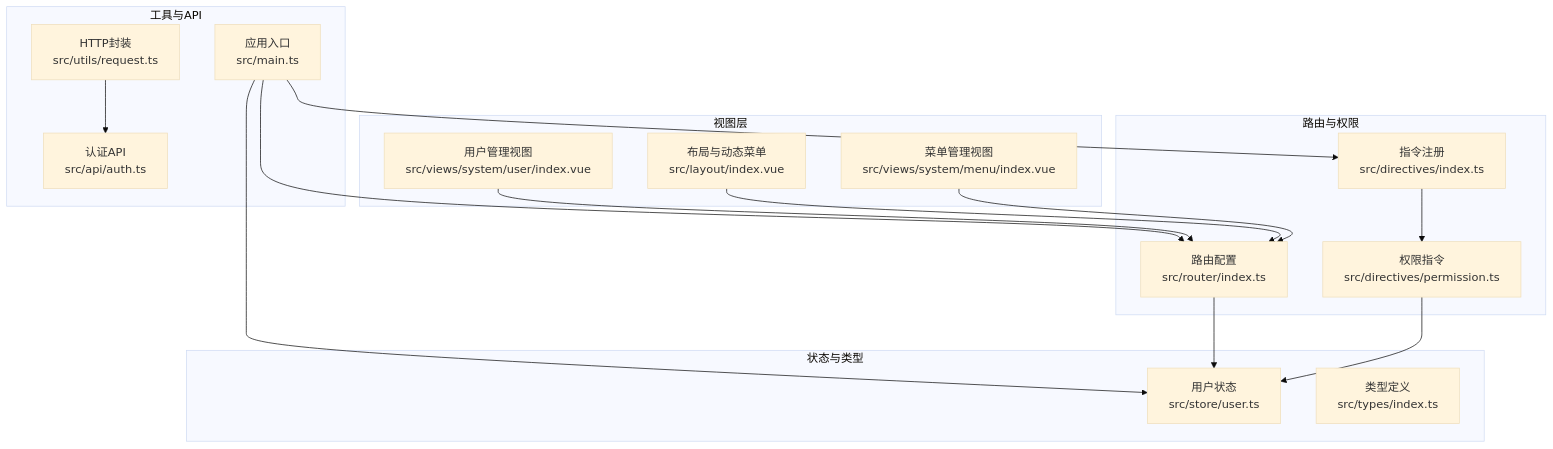
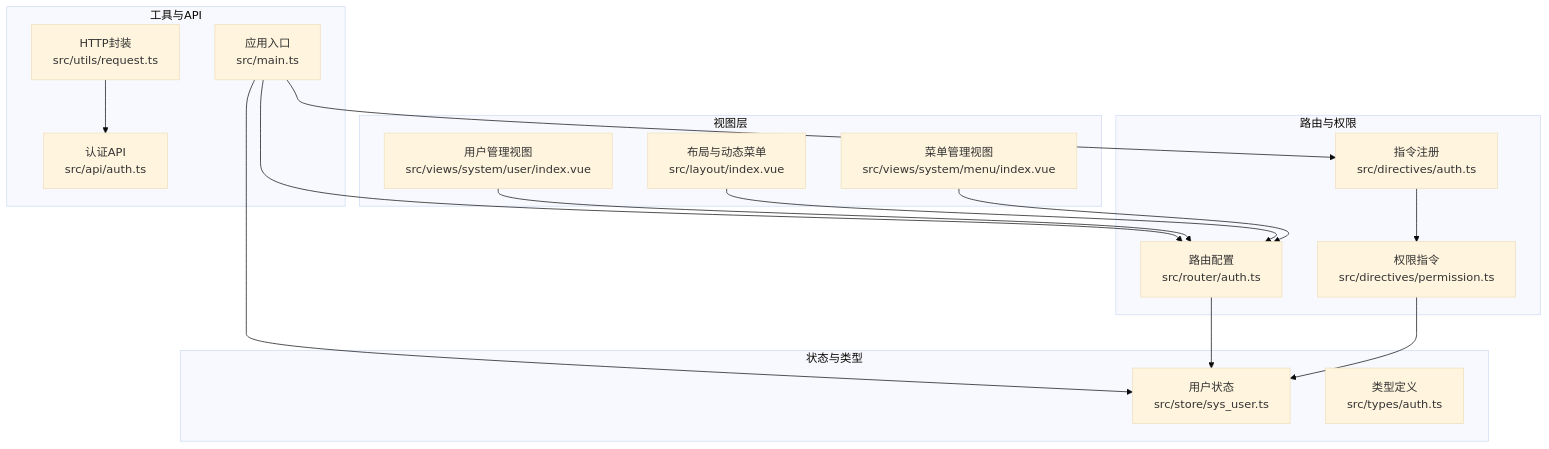
Before and after one commit to qiseyun/vue-ts-admin: the first of 6 diagrams in .qoder/repowiki/zh/content/系统管理模块/菜单管理.md, drawn with Mermaid (base theme). The commit also changed other lines of this file and 42 other files, not shown here.

````diff
--- a/.qoder/repowiki/zh/content/系统管理模块/菜单管理.md
+++ b/.qoder/repowiki/zh/content/系统管理模块/菜单管理.md
@@ -41,32 +41,32 @@
 ```mermaid
 graph TB
 subgraph "视图层"
 V_Menu["菜单管理视图<br/>src/views/system/menu/index.vue"]
 V_User["用户管理视图<br/>src/views/system/user/index.vue"]
 L_Layout["布局与动态菜单<br/>src/layout/index.vue"]
 end
 subgraph "路由与权限"
-R_Index["路由配置<br/>src/router/index.ts"]
+R_Index["路由配置<br/>src/router/auth.ts"]
 D_Permission["权限指令<br/>src/directives/permission.ts"]
-D_Index["指令注册<br/>src/directives/index.ts"]
+D_Index["指令注册<br/>src/directives/auth.ts"]
 end
 subgraph "状态与类型"
-S_User["用户状态<br/>src/store/user.ts"]
-T_Index["类型定义<br/>src/types/index.ts"]
+S_User["用户状态<br/>src/store/sys_user.ts"]
+T_Index["类型定义<br/>src/types/auth.ts"]
 end
 subgraph "工具与API"
 M_Main["应用入口<br/>src/main.ts"]
 U_Request["HTTP封装<br/>src/utils/request.ts"]
 A_Auth["认证API<br/>src/api/auth.ts"]
 end
 V_Menu --> R_Index
 L_Layout --> R_Index
 V_User --> R_Index
 D_Permission --> S_User
 D_Index --> D_Permission
 R_Index --> S_User
 M_Main --> D_Index
 M_Main --> R_Index
 M_Main --> S_User
 U_Request --> A_Auth
 ```
````
